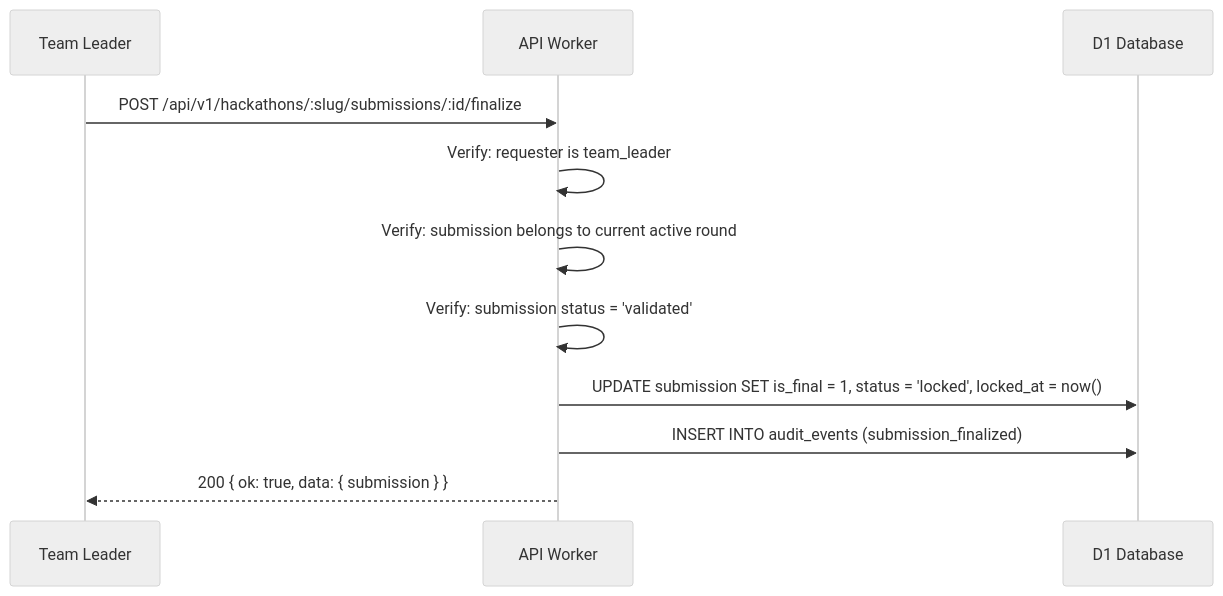
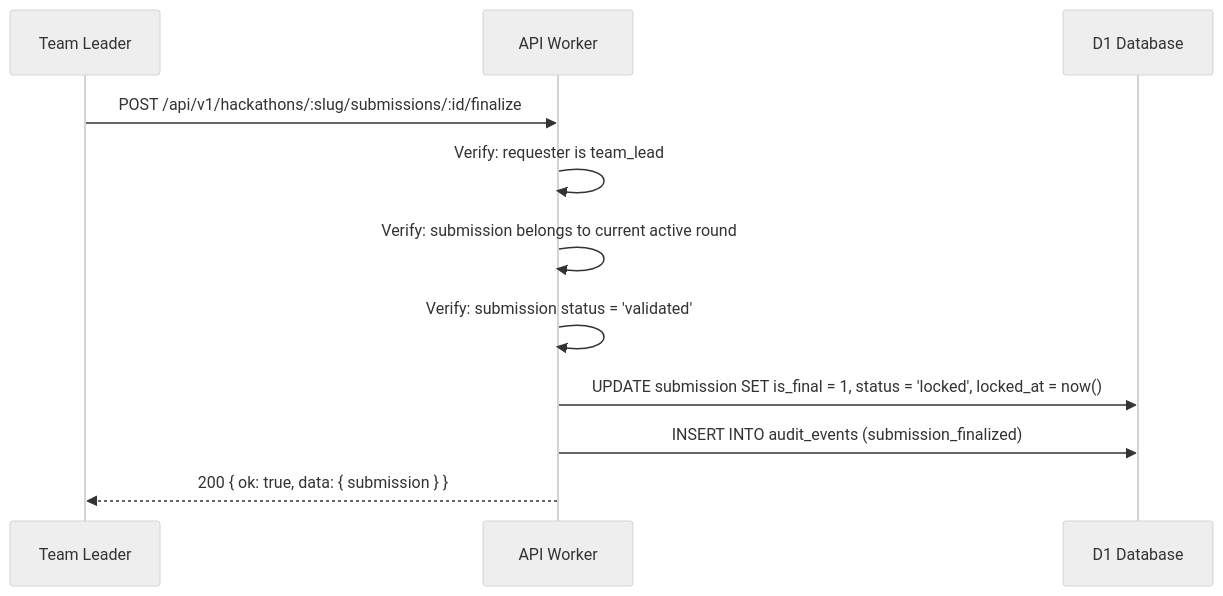
Before and after one commit to devangshupandey2025-stack/DevSage: diagram 12 of 12 in docs/v3/planned/submissions.md, drawn with Mermaid (neutral theme). The commit also changed other lines of this file and 2 other files, not shown here.

Commit message:
docs(misc): fix seed data, submission role names, and frontend role types
Ultraworked with [Sisyphus](https://github.com/code-yeongyu/oh-my-Claude)

````diff
--- a/docs/v3/planned/submissions.md
+++ b/docs/v3/planned/submissions.md
@@ -619,15 +619,15 @@
 ```mermaid
 sequenceDiagram
     participant L as Team Leader
     participant W as API Worker
     participant D1 as D1 Database
 
     L->>W: POST /api/v1/hackathons/:slug/submissions/:id/finalize
-    W->>W: Verify: requester is team_leader
+    W->>W: Verify: requester is team_lead
     W->>W: Verify: submission belongs to current active round
     W->>W: Verify: submission status = 'validated'
 
     W->>D1: UPDATE submission SET is_final = 1, status = 'locked', locked_at = now()
     W->>D1: INSERT INTO audit_events (submission_finalized)
     W-->>L: 200 { ok: true, data: { submission } }
 ```
````
